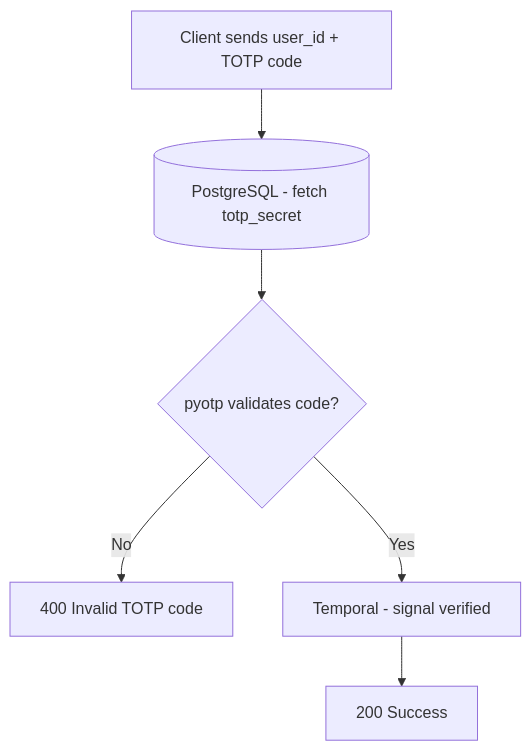
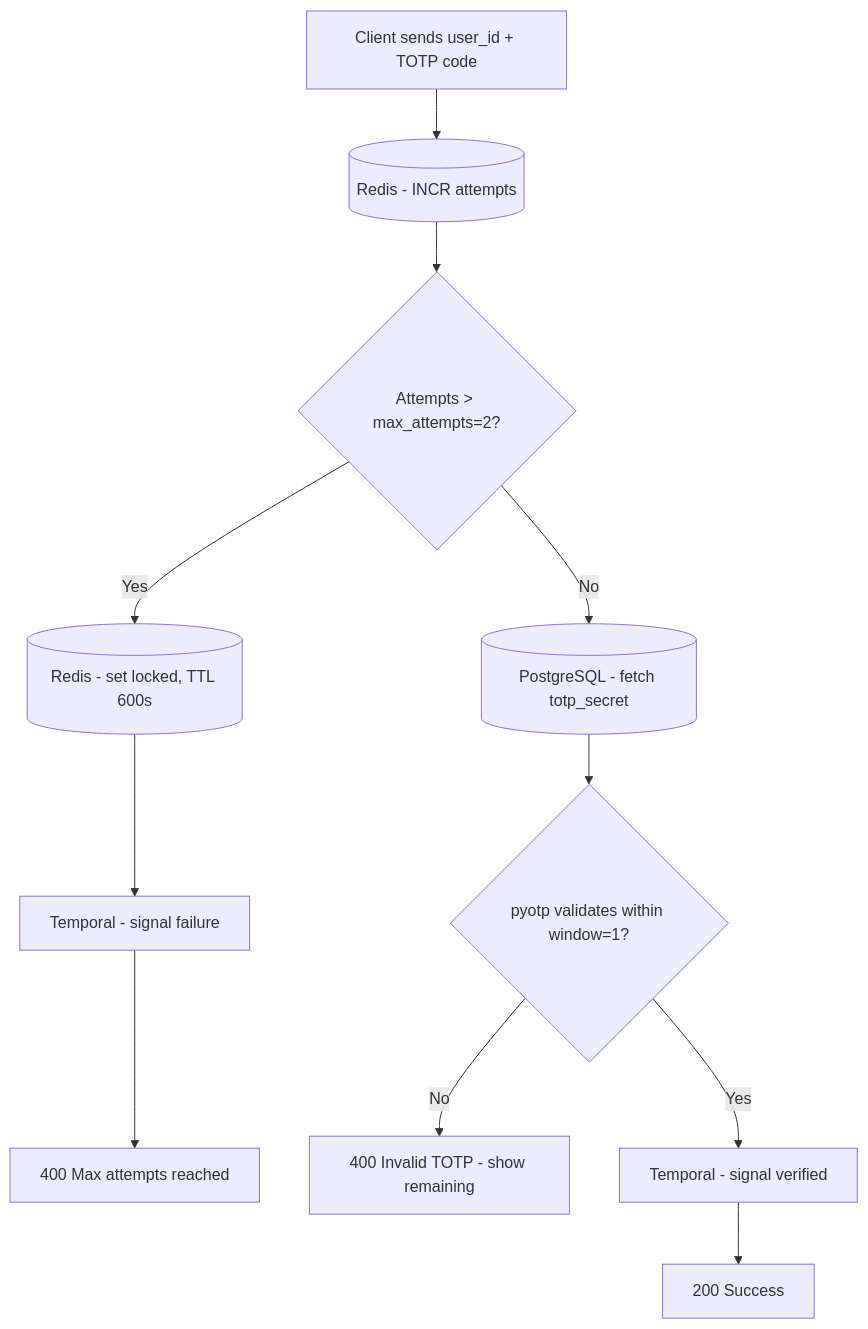
One commit to muhammadhussnainsaeed/bootcamp-2026-mfa-gate changed the fourth of 5 diagrams in docs/architecture.md. Above: the diagram before and after it, drawn with Mermaid. The commit also changed other lines of this file and 1 other file, not shown here.

````diff
--- a/docs/architecture.md
+++ b/docs/architecture.md
@@ -73,8 +78,13 @@
 ```mermaid
 flowchart TD
-    T1[Client sends user_id + TOTP code] --> T2[(PostgreSQL - fetch totp_secret)]
-    T2 --> T3{pyotp validates code?}
-    T3 -- No --> T4[400 Invalid TOTP code]
-    T3 -- Yes --> T5[Temporal - signal verified]
-    T5 --> T6[200 Success]
+    T1[Client sends user_id + TOTP code] --> T2[(Redis - INCR attempts)]
+    T2 --> T3{Attempts > max_attempts=2?}
+    T3 -- Yes --> T4[(Redis - set locked, TTL 600s)]
+    T4 --> T5[Temporal - signal failure]
+    T5 --> T6[400 Max attempts reached]
+    T3 -- No --> T7[(PostgreSQL - fetch totp_secret)]
+    T7 --> T8{pyotp validates within window=1?}
+    T8 -- No --> T9[400 Invalid TOTP - show remaining]
+    T8 -- Yes --> T10[Temporal - signal verified]
+    T10 --> T11[200 Success]
 ```
````
